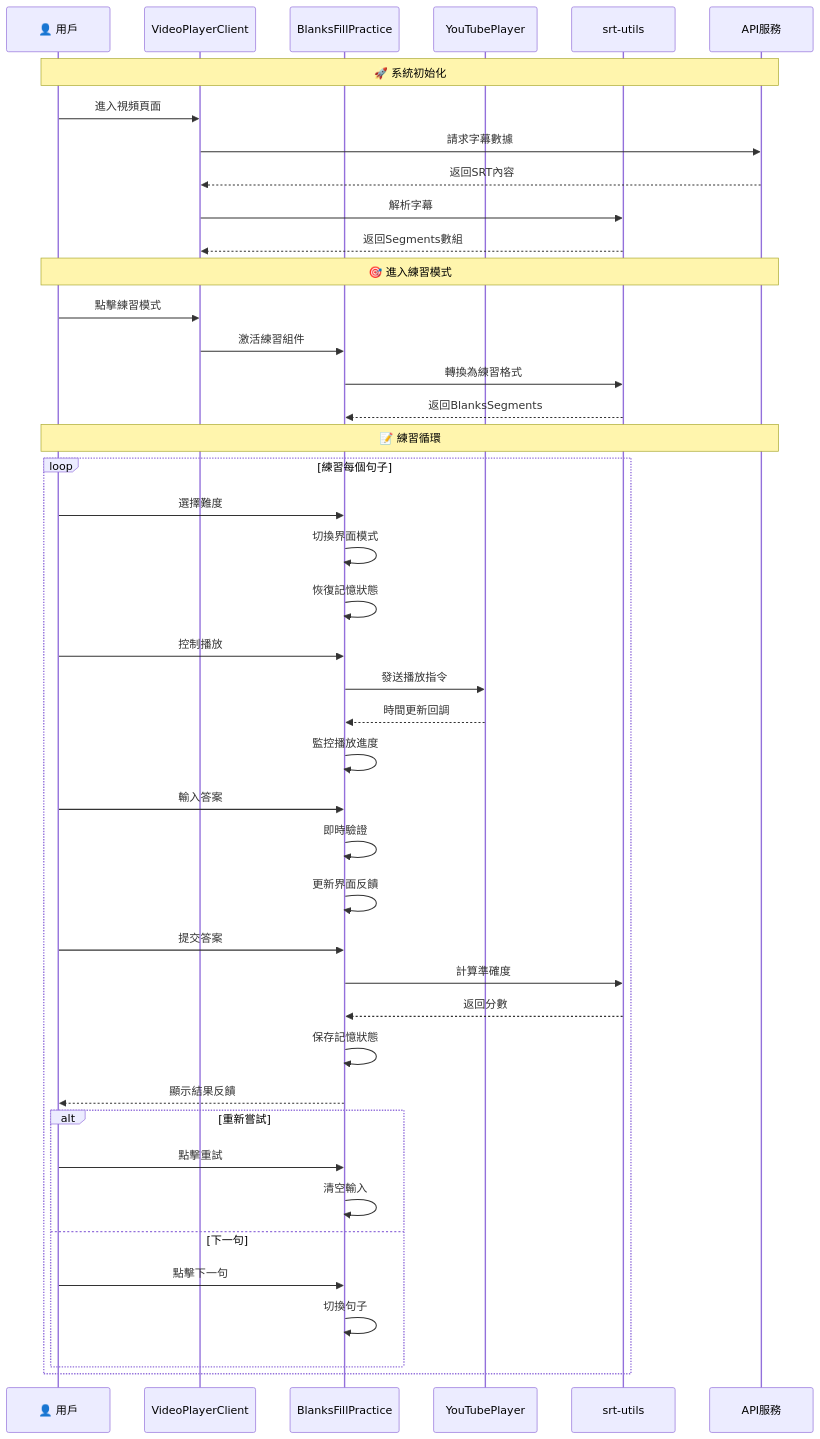
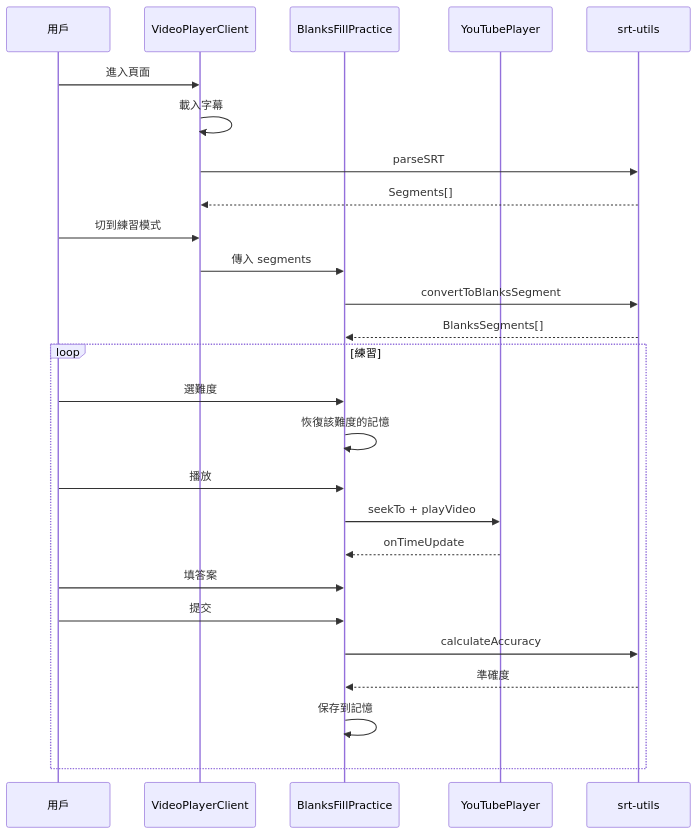
One commit to crazycjh/language-learning-transcribe changed the second of 3 diagrams in docs/DICTATION_COMPONENTS_DIAGRAM.md. Above: the diagram before and after it, drawn with Mermaid. The commit also changed other lines of this file and 7 other files, not shown here.

````diff
--- a/docs/DICTATION_COMPONENTS_DIAGRAM.md
+++ b/docs/DICTATION_COMPONENTS_DIAGRAM.md
@@ -146,52 +75,33 @@
 ```mermaid
 sequenceDiagram
-    participant U as 👤 用戶
+    participant User as 用戶
     participant VPC as VideoPlayerClient
     participant BFP as BlanksFillPractice
     participant YTP as YouTubePlayer
     participant SU as srt-utils
-    participant API as API服務
+
+    User->>VPC: 進入頁面
+    VPC->>VPC: 載入字幕
+    VPC->>SU: parseSRT
+    SU-->>VPC: Segments[]
     
-    Note over U,API: 🚀 系統初始化
-    U->>VPC: 進入視頻頁面
-    VPC->>API: 請求字幕數據
-    API-->>VPC: 返回SRT內容
-    VPC->>SU: 解析字幕
-    SU-->>VPC: 返回Segments數組
+    User->>VPC: 切到練習模式
+    VPC->>BFP: 傳入 segments
+    BFP->>SU: convertToBlanksSegment
+    SU-->>BFP: BlanksSegments[]
     
-    Note over U,API: 🎯 進入練習模式
-    U->>VPC: 點擊練習模式
-    VPC->>BFP: 激活練習組件
-    BFP->>SU: 轉換為練習格式
-    SU-->>BFP: 返回BlanksSegments
-    
-    Note over U,API: 📝 練習循環
-    loop 練習每個句子
-        U->>BFP: 選擇難度
-        BFP->>BFP: 切換界面模式
-        BFP->>BFP: 恢復記憶狀態
+    loop 練習
+        User->>BFP: 選難度
+        BFP->>BFP: 恢復該難度的記憶
         
-        U->>BFP: 控制播放
-        BFP->>YTP: 發送播放指令
-        YTP-->>BFP: 時間更新回調
-        BFP->>BFP: 監控播放進度
+        User->>BFP: 播放
+        BFP->>YTP: seekTo + playVideo
+        YTP-->>BFP: onTimeUpdate
         
-        U->>BFP: 輸入答案
-        BFP->>BFP: 即時驗證
-        BFP->>BFP: 更新界面反饋
-        
-        U->>BFP: 提交答案
-        BFP->>SU: 計算準確度
-        SU-->>BFP: 返回分數
-        BFP->>BFP: 保存記憶狀態
-        BFP-->>U: 顯示結果反饋
-        
-        alt 重新嘗試
-            U->>BFP: 點擊重試
-            BFP->>BFP: 清空輸入
-        else 下一句
-            U->>BFP: 點擊下一句
-            BFP->>BFP: 切換句子
-        end
+        User->>BFP: 填答案
+        User->>BFP: 提交
+        BFP->>SU: calculateAccuracy
+        SU-->>BFP: 準確度
+        BFP->>BFP: 保存到記憶
     end
 ```
````
